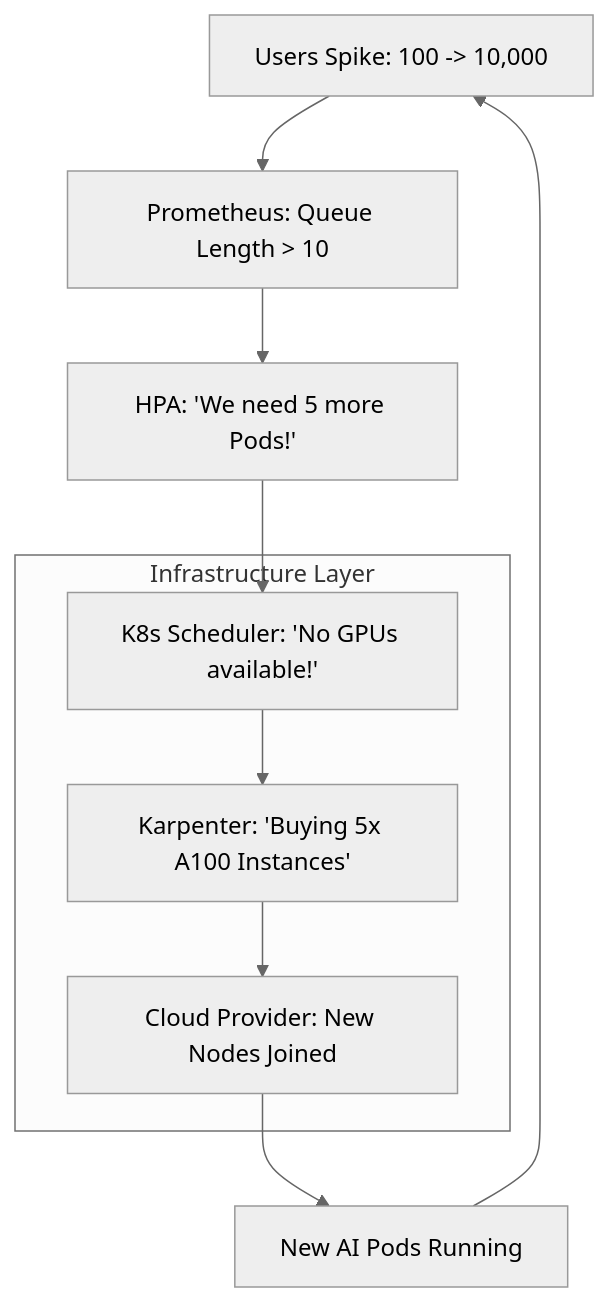
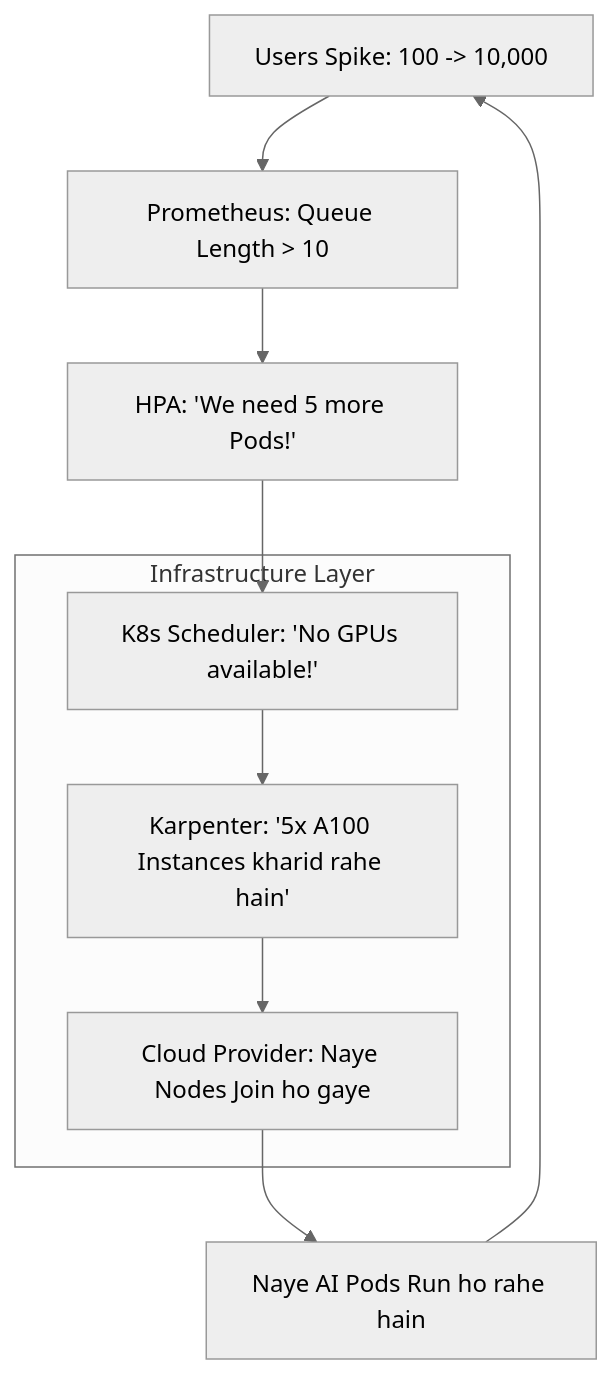
One commit to Sameer-Malik20/SusaGPT-Build-LLM-From-Scratch-With-Hinglish-Learning-Material changed the diagram in docs/ai_foundations_and_ops/18_Deployment_and_Scaling/Kubernetes_Scaling_Strategies.md. Above: the diagram before and after it, drawn with Mermaid (neutral theme). The commit also changed other lines of this file and 131 other files, not shown here.

````diff
--- a/docs/ai_foundations_and_ops/18_Deployment_and_Scaling/Kubernetes_Scaling_Strategies.md
+++ b/docs/ai_foundations_and_ops/18_Deployment_and_Scaling/Kubernetes_Scaling_Strategies.md
@@ -62,14 +62,14 @@
 ```mermaid
 graph TD
     User[Users Spike: 100 -> 10,000] --> Metric[Prometheus: Queue Length > 10]
     Metric --> HPA[HPA: 'We need 5 more Pods!']
     HPA --> Scheduler[K8s Scheduler: 'No GPUs available!']
     
     subgraph "Infrastructure Layer"
-    Scheduler --> Karpenter[Karpenter: 'Buying 5x A100 Instances']
-    Karpenter --> AWS[Cloud Provider: New Nodes Joined]
+    Scheduler --> Karpenter[Karpenter: '5x A100 Instances kharid rahe hain']
+    Karpenter --> AWS[Cloud Provider: Naye Nodes Join ho gaye]
     end
     
-    AWS --> Pods[New AI Pods Running]
+    AWS --> Pods[Naye AI Pods Run ho rahe hain]
     Pods --> User
 ```
````
